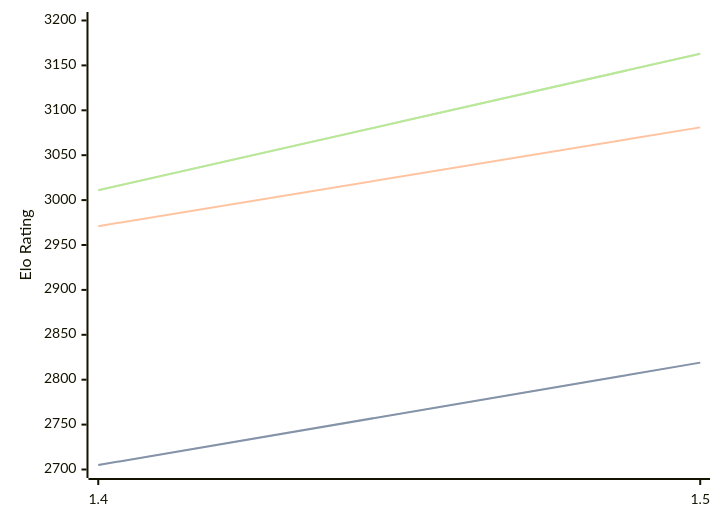
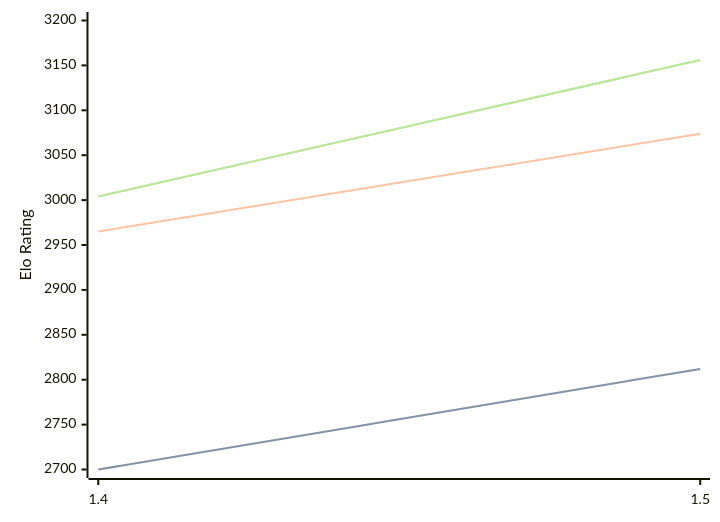
Before and after one commit to computer-chess-index/cci: the diagram in engines/Yakka.md, drawn with Mermaid. The commit also changed other lines of this file, not shown here.

Commit message:
Update CCI Ratings (ELO VLTC) - 2026-05-18

````diff
--- a/engines/Yakka.md
+++ b/engines/Yakka.md
@@ -36,11 +36,11 @@
 ```mermaid
 %%{init: {"theme":"base","themeVariables":{"seriesColors:['#a3a3a3','#222221','#faa371']}}}%%
 xychart-beta
   x-axis ["1.4", "1.5"]
   y-axis "Elo Rating" 2700 --> 3200
-  line "STC (8.0+0.08s)" [2705, 2819]
-  line "STC (8.0+0.08s)" [2705, 2819]
-  line "LTC (60.0+0.60s)" [2971, 3081]
-  line "VLTC (2m24s+1.12s)" [3011, 3163]
-  line "VLTC (2m24s+1.12s)" [3011, 3163]
+  line "STC (8.0+0.08s)" [2700, 2812]
+  line "STC (8.0+0.08s)" [2700, 2812]
+  line "LTC (60.0+0.60s)" [2965, 3074]
+  line "VLTC (2m24s+1.12s)" [3004, 3156]
+  line "VLTC (2m24s+1.12s)" [3004, 3156]
 ```
````
